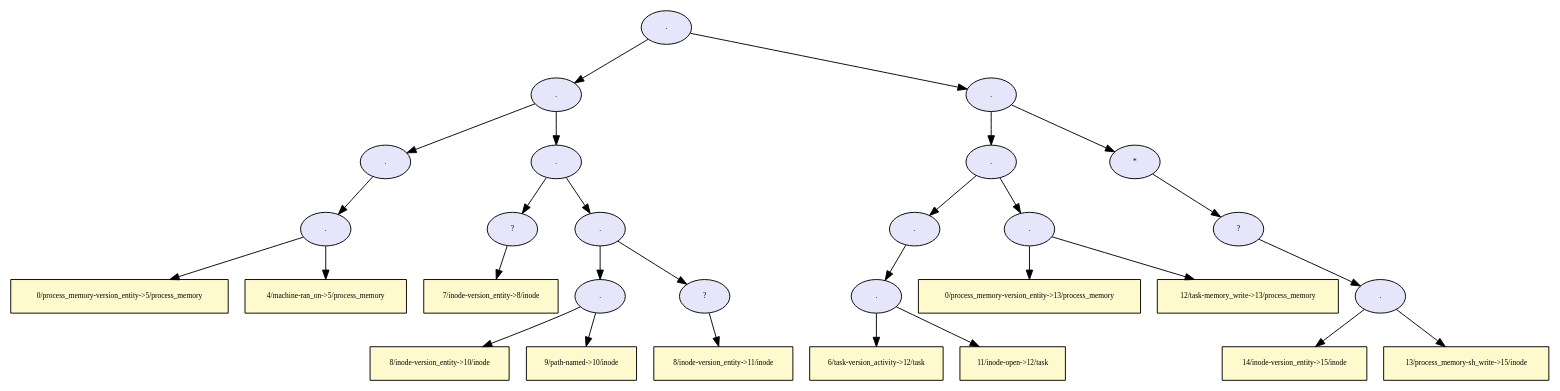
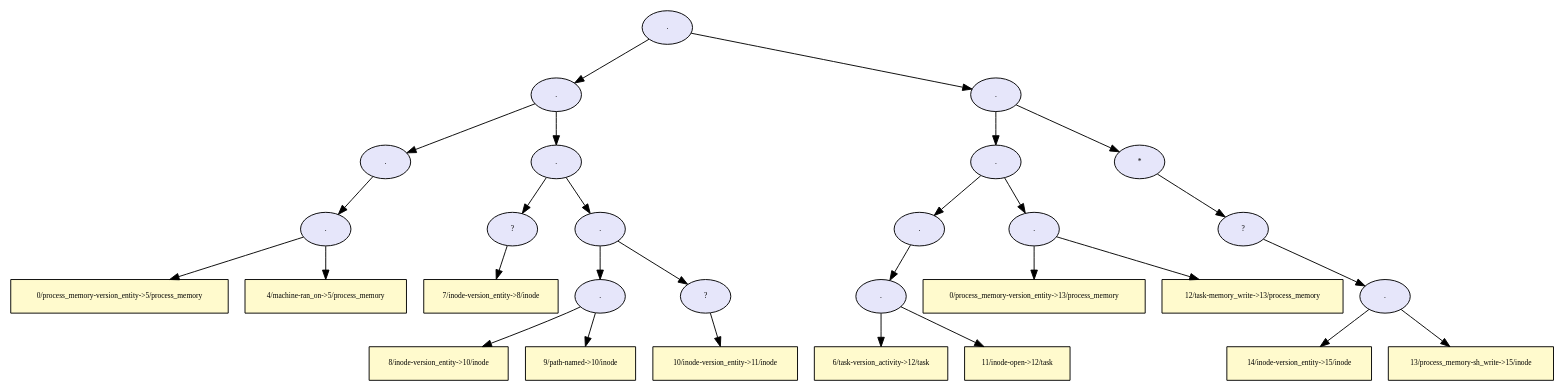
One commit to TinkerBellSystem/graph-matching changed the diagram in dot/provenance_file_open_tree.dot. Above: the diagram before and after it, drawn with Graphviz. The commit also changed 34 other files, not shown here.

```diff
--- a/dot/provenance_file_open_tree.dot
+++ b/dot/provenance_file_open_tree.dot
@@ -1,115 +1,115 @@
 digraph RGL__DirectedAdjacencyGraph {31[fontsize = 8,label = ".",shape = ellipse, fillcolor="#e6e6fa", style = filled]
 
 31 -> 16[fontsize = 8, color="#000000"]
 
 16[fontsize = 8,label = ".",shape = ellipse, fillcolor="#e6e6fa", style = filled]
 
 16 -> 6[fontsize = 8, color="#000000"]
 
 6[fontsize = 8,label = ".",shape = ellipse, fillcolor="#e6e6fa", style = filled]
 
 6 -> 5[fontsize = 8, color="#000000"]
 
 5[fontsize = 8,label = ".",shape = ellipse, fillcolor="#e6e6fa", style = filled]
 
 5 -> 3[fontsize = 8, color="#000000"]
 
 3[fontsize = 8,label = "0/process_memory-version_entity->5/process_memory",shape = rectangle, fillcolor="#fffacd", style = filled]
 
 5 -> 4[fontsize = 8, color="#000000"]
 
 4[fontsize = 8,label = "4/machine-ran_on->5/process_memory",shape = rectangle, fillcolor="#fffacd", style = filled]
 
 16 -> 15[fontsize = 8, color="#000000"]
 
 15[fontsize = 8,label = ".",shape = ellipse, fillcolor="#e6e6fa", style = filled]
 
 15 -> 8[fontsize = 8, color="#000000"]
 
 8[fontsize = 8,label = "?",shape = ellipse, fillcolor="#e6e6fa", style = filled]
 
 8 -> 7[fontsize = 8, color="#000000"]
 
 7[fontsize = 8,label = "7/inode-version_entity->8/inode",shape = rectangle, fillcolor="#fffacd", style = filled]
 
 15 -> 14[fontsize = 8, color="#000000"]
 
 14[fontsize = 8,label = ".",shape = ellipse, fillcolor="#e6e6fa", style = filled]
 
 14 -> 11[fontsize = 8, color="#000000"]
 
 11[fontsize = 8,label = ".",shape = ellipse, fillcolor="#e6e6fa", style = filled]
 
 11 -> 9[fontsize = 8, color="#000000"]
 
 9[fontsize = 8,label = "8/inode-version_entity->10/inode",shape = rectangle, fillcolor="#fffacd", style = filled]
 
 11 -> 10[fontsize = 8, color="#000000"]
 
 10[fontsize = 8,label = "9/path-named->10/inode",shape = rectangle, fillcolor="#fffacd", style = filled]
 
 14 -> 13[fontsize = 8, color="#000000"]
 
 13[fontsize = 8,label = "?",shape = ellipse, fillcolor="#e6e6fa", style = filled]
 
 13 -> 12[fontsize = 8, color="#000000"]
 
-12[fontsize = 8,label = "8/inode-version_entity->11/inode",shape = rectangle, fillcolor="#fffacd", style = filled]
+12[fontsize = 8,label = "10/inode-version_entity->11/inode",shape = rectangle, fillcolor="#fffacd", style = filled]
 
 31 -> 30[fontsize = 8, color="#000000"]
 
 30[fontsize = 8,label = ".",shape = ellipse, fillcolor="#e6e6fa", style = filled]
 
 30 -> 24[fontsize = 8, color="#000000"]
 
 24[fontsize = 8,label = ".",shape = ellipse, fillcolor="#e6e6fa", style = filled]
 
 24 -> 20[fontsize = 8, color="#000000"]
 
 20[fontsize = 8,label = ".",shape = ellipse, fillcolor="#e6e6fa", style = filled]
 
 20 -> 19[fontsize = 8, color="#000000"]
 
 19[fontsize = 8,label = ".",shape = ellipse, fillcolor="#e6e6fa", style = filled]
 
 19 -> 17[fontsize = 8, color="#000000"]
 
 17[fontsize = 8,label = "6/task-version_activity->12/task",shape = rectangle, fillcolor="#fffacd", style = filled]
 
 19 -> 18[fontsize = 8, color="#000000"]
 
 18[fontsize = 8,label = "11/inode-open->12/task",shape = rectangle, fillcolor="#fffacd", style = filled]
 
 24 -> 23[fontsize = 8, color="#000000"]
 
 23[fontsize = 8,label = ".",shape = ellipse, fillcolor="#e6e6fa", style = filled]
 
 23 -> 21[fontsize = 8, color="#000000"]
 
 21[fontsize = 8,label = "0/process_memory-version_entity->13/process_memory",shape = rectangle, fillcolor="#fffacd", style = filled]
 
 23 -> 22[fontsize = 8, color="#000000"]
 
 22[fontsize = 8,label = "12/task-memory_write->13/process_memory",shape = rectangle, fillcolor="#fffacd", style = filled]
 
 30 -> 29[fontsize = 8, color="#000000"]
 
 29[fontsize = 8,label = "*",shape = ellipse, fillcolor="#e6e6fa", style = filled]
 
 29 -> 28[fontsize = 8, color="#000000"]
 
 28[fontsize = 8,label = "?",shape = ellipse, fillcolor="#e6e6fa", style = filled]
 
 28 -> 27[fontsize = 8, color="#000000"]
 
 27[fontsize = 8,label = ".",shape = ellipse, fillcolor="#e6e6fa", style = filled]
 
 27 -> 25[fontsize = 8, color="#000000"]
 
 25[fontsize = 8,label = "14/inode-version_entity->15/inode",shape = rectangle, fillcolor="#fffacd", style = filled]
 
 27 -> 26[fontsize = 8, color="#000000"]
 
 26[fontsize = 8,label = "13/process_memory-sh_write->15/inode",shape = rectangle, fillcolor="#fffacd", style = filled]
 
 }
```
